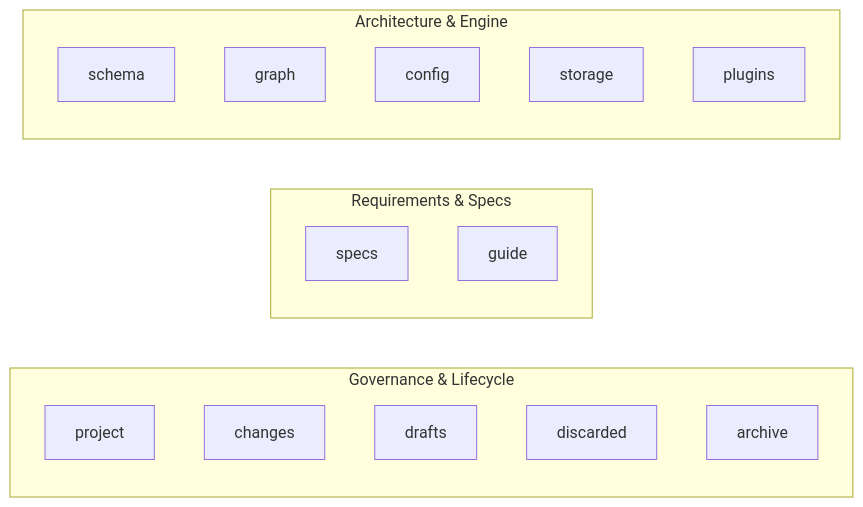
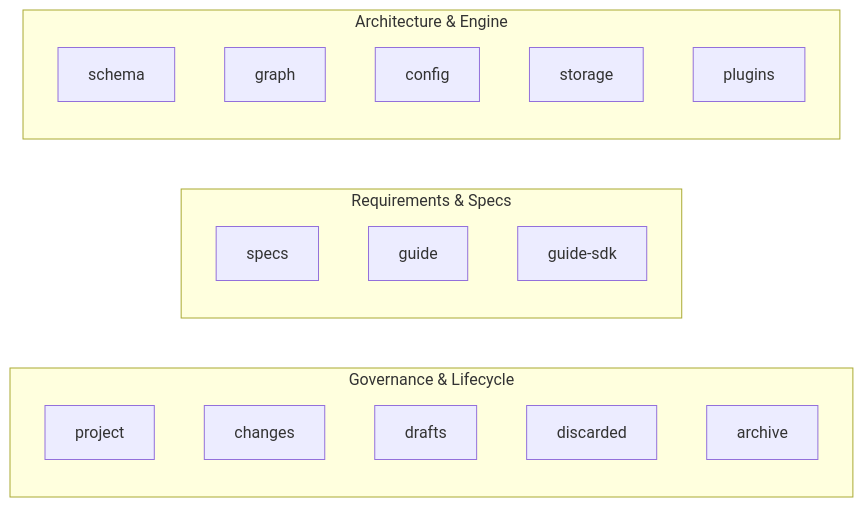
Before and after one commit to specd-sdd/SpecD: the diagram in docs/guide/cli.md, drawn with Mermaid. The commit also changed other lines of this file and 206 other files, not shown here.

First line of the commit message:
feat(guide): add sdk development guide

````diff
--- a/docs/guide/cli.md
+++ b/docs/guide/cli.md
@@ -49,21 +49,22 @@
 ```mermaid
 flowchart LR
     subgraph Governance & Lifecycle
         P[project]
         C[changes]
         D[drafts]
         DC[discarded]
         A[archive]
     end
     subgraph Requirements & Specs
         S[specs]
         G[guide]
+        GS[guide-sdk]
     end
     subgraph Architecture & Engine
         SC[schema]
         GR[graph]
         CF[config]
         ST[storage]
         PL[plugins]
     end
 ```
````
